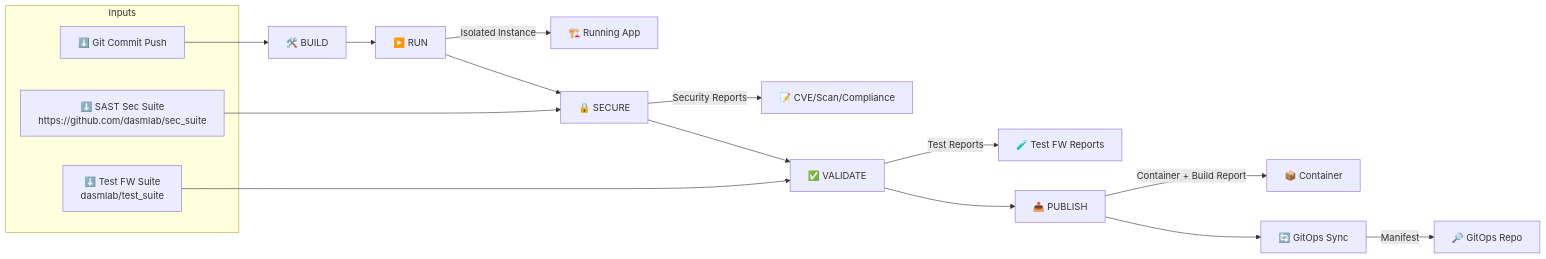
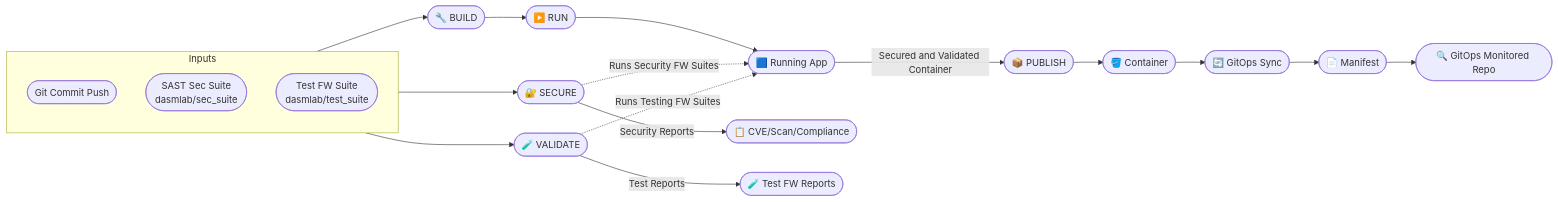
Before and after one commit to dasmlab/whatsnew-service: the second of 2 diagrams in README.md, drawn with Mermaid.

````diff
--- a/README.md
+++ b/README.md
@@ -22,25 +22,32 @@
 ```mermaid
 flowchart LR
   subgraph Inputs
-    A1[⬇️ Git Commit Push]
-    A2[⬇️ SAST Sec Suite\nhttps://github.com/dasmlab/sec_suite]
-    A3[⬇️ Test FW Suite\ndasmlab/test_suite]
+    direction TB
+    A1([Git Commit Push])
+    A2([SAST Sec Suite<br/>dasmlab/sec_suite])
+    A3([Test FW Suite<br/>dasmlab/test_suite])
   end
-  A1 --> B1[🛠️ BUILD]
-  B1 --> B2[▶️ RUN]
-  B2 --> B3[🔒 SECURE]
-  B3 --> B4[✅ VALIDATE]
-  B4 --> B5[📤 PUBLISH]
-  B5 --> B6[🔄 GitOps Sync]
 
-  %% Inputs
-  A2 --> B3
-  A3 --> B4
+  %% Main pipeline flow
+  A1 --> BUILD([🔧 BUILD])
+  BUILD --> RUN([▶️ RUN])
+  RUN --> APP([🟦 Running App])
 
-  %% Downward outputs
-  B2 --> |Isolated Instance| C1[🏗️ Running App]
-  B3 --> |Security Reports| C2[📝 CVE/Scan/Compliance]
-  B4 --> |Test Reports| C3[🧪 Test FW Reports]
-  B5 --> |Container + Build Report| C4[📦 Container]
-  B6 --> |Manifest| C5[🔎 GitOps Repo]
+  %% Security and validation from inputs
+  A2 --> SECURE([🔐 SECURE])
+  A3 --> VALIDATE([🧪 VALIDATE])
+
+  SECURE -->|Security Reports| CVE([📋 CVE/Scan/Compliance])
+  VALIDATE -->|Test Reports| TESTFW([🧪 Test FW Reports])
+
+  %% SECURE/VALIDATE run on the running app (downward links)
+  SECURE -.->|Runs Security FW Suites| APP
+  VALIDATE -.->|Runs Testing FW Suites| APP
+
+  %% Main flow resumes horizontally
+  APP -->|Secured and Validated Container| PUBLISH([📦 PUBLISH])
+  PUBLISH --> CONTAINER([🪣 Container])
+  CONTAINER --> GITOPS([🔄 GitOps Sync])
+  GITOPS --> MANIFEST([📄 Manifest])
+  MANIFEST --> REPO([🔍 GitOps Monitored Repo])
 ```
````
